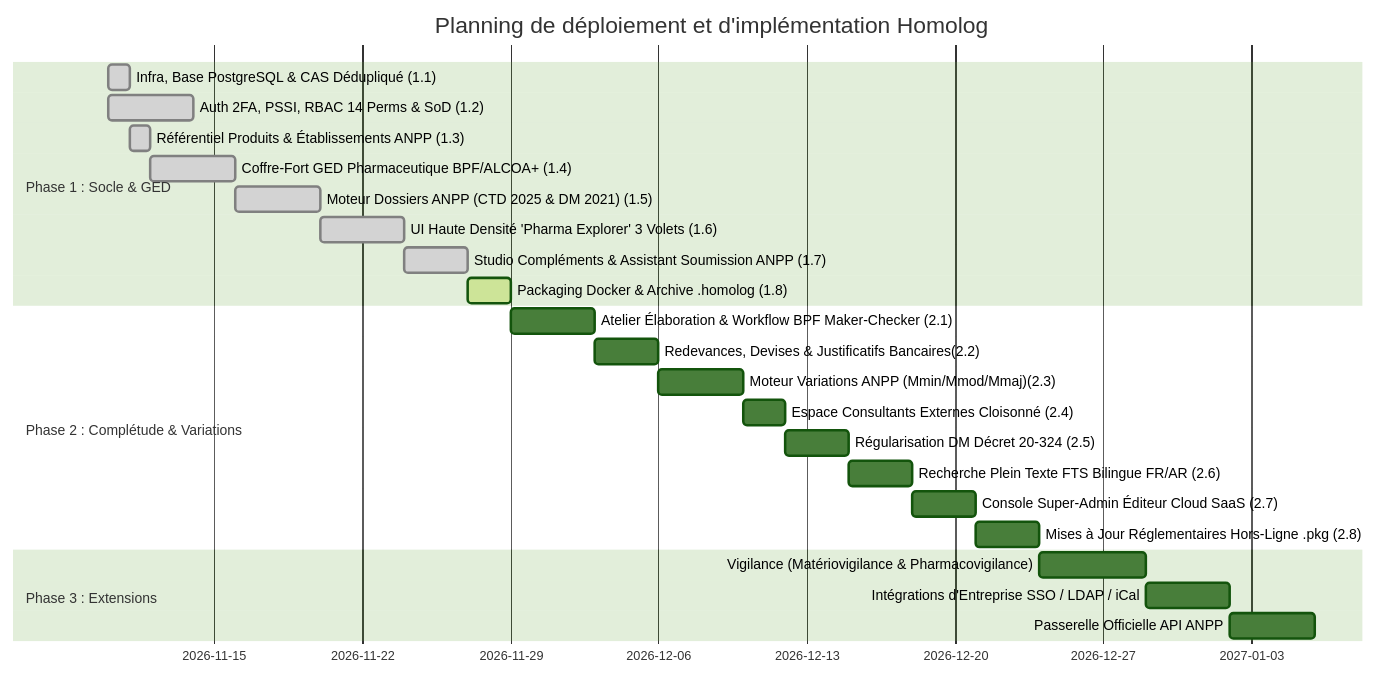
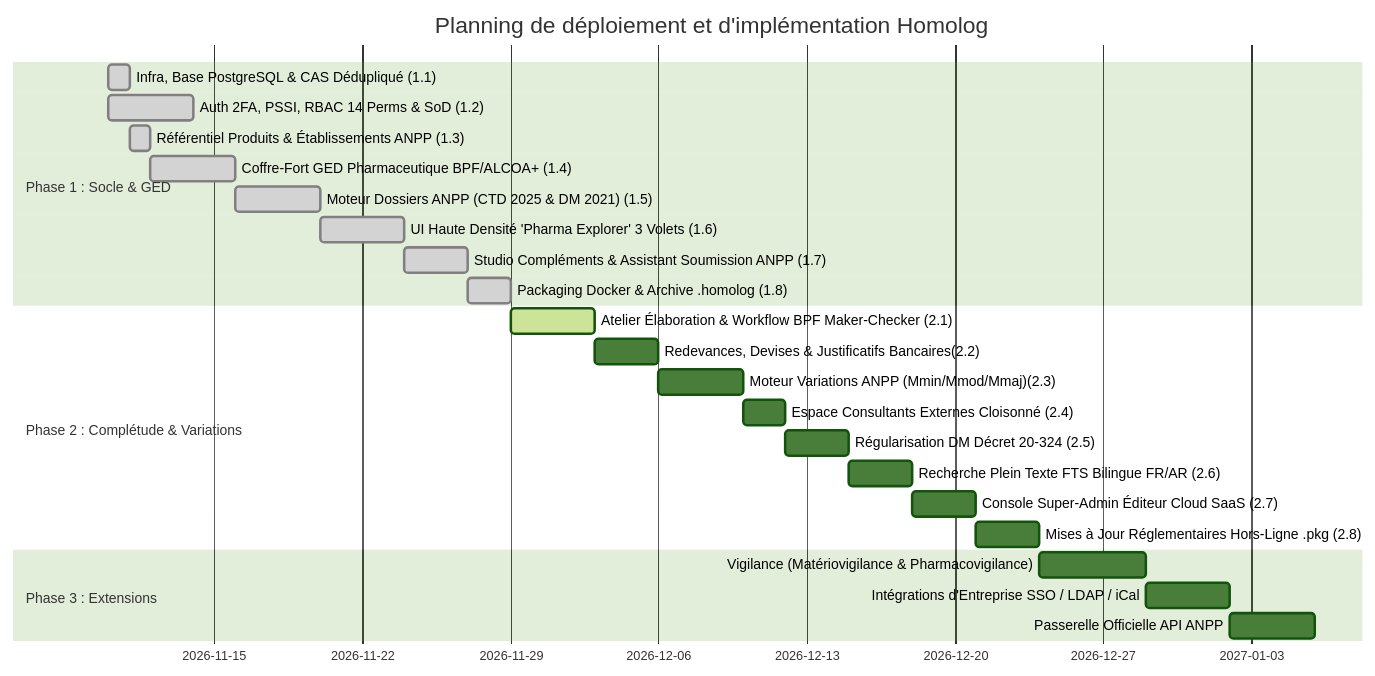
Before and after one commit to aassr1965/homolog: the diagram in docs/roadmap.md, drawn with Mermaid (forest theme). The commit also changed other lines of this file and 11 other files, not shown here.

Commit message:
feat(packaging): achevement Jalon 1.8 - archive universelle .homolog, setup wizard BPF et deploiement de production (Phase 1 100% validee)

````diff
--- a/docs/roadmap.md
+++ b/docs/roadmap.md
@@ -18,27 +18,27 @@
 ```mermaid
 gantt
     title Planning de déploiement et d'implémentation Homolog
     dateFormat  YYYY-MM-DD
     section Phase 1 : Socle & GED
     Infra, Base PostgreSQL & CAS Dédupliqué (1.1)    :done, p1_1, 2026-11-10, 1d
     Auth 2FA, PSSI, RBAC 14 Perms & SoD (1.2)        :done, p1_2, 2026-11-10, 4d
     Référentiel Produits & Établissements ANPP (1.3) :done, p1_3, 2026-11-11, 1d
     Coffre-Fort GED Pharmaceutique BPF/ALCOA+ (1.4)  :done, p1_4, after p1_3, 4d
     Moteur Dossiers ANPP (CTD 2025 & DM 2021) (1.5)  :done, p1_5, after p1_4, 4d
     UI Haute Densité 'Pharma Explorer' 3 Volets (1.6):done, p1_6, after p1_5, 4d
     Studio Compléments & Assistant Soumission ANPP (1.7) :done, p1_7, after p1_6, 3d
-    Packaging Docker & Archive .homolog (1.8)        :active, p1_8, after p1_7, 2d
+    Packaging Docker & Archive .homolog (1.8)        :done, p1_8, after p1_7, 2d
     section Phase 2 : Complétude & Variations
-    Atelier Élaboration & Workflow BPF Maker-Checker (2.1):p2_1, after p1_8, 4d
+    Atelier Élaboration & Workflow BPF Maker-Checker (2.1):active, p2_1, after p1_8, 4d
     Redevances, Devises & Justificatifs Bancaires(2.2):p2_2, after p2_1, 3d
     Moteur Variations ANPP (Mmin/Mmod/Mmaj)(2.3)     :p2_3, after p2_2, 4d
     Espace Consultants Externes Cloisonné (2.4)      :p2_4, after p2_3, 2d
     Régularisation DM Décret 20-324 (2.5)            :p2_5, after p2_4, 3d
     Recherche Plein Texte FTS Bilingue FR/AR (2.6)   :p2_6, after p2_5, 3d
     Console Super-Admin Éditeur Cloud SaaS (2.7)     :p2_7, after p2_6, 3d
     Mises à Jour Réglementaires Hors-Ligne .pkg (2.8):p2_8, after p2_7, 3d
     section Phase 3 : Extensions
     Vigilance (Matériovigilance & Pharmacovigilance) :p3_1, after p2_8, 5d
     Intégrations d'Entreprise SSO / LDAP / iCal      :p3_2, after p3_1, 4d
     Passerelle Officielle API ANPP                   :p3_3, after p3_2, 4d
 ```
````
